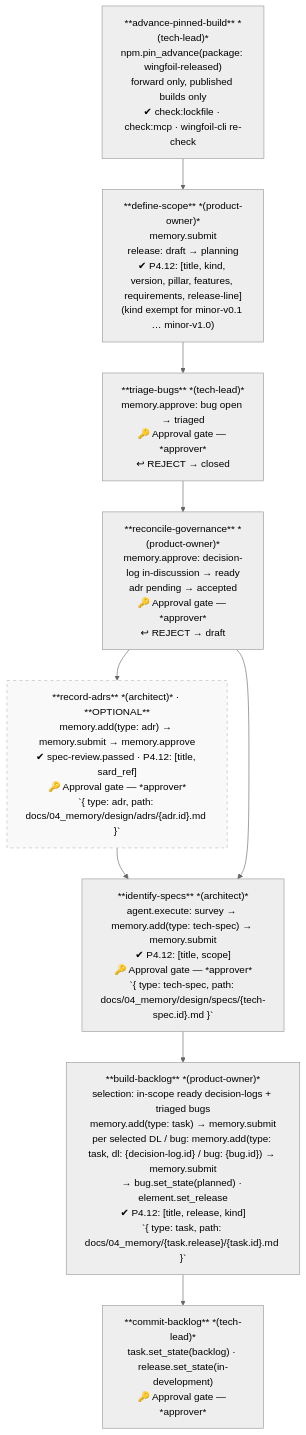
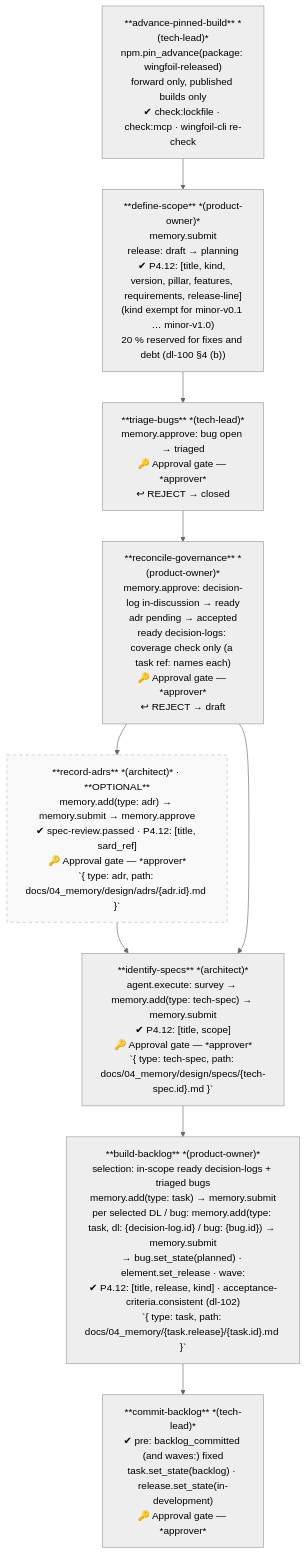
Diagram 11 of 29 in .wingfoil/WORKFLOW.md (wingfoil/wingfoil), drawn with Mermaid (neutral theme) before and after one commit. The commit also changed other lines of this file and 13 other files, not shown here.

First line of the commit message:
feat(workflow): task-230 — element:<field> collections; the wave, its re-sweep, re-plan and wave-checks; the growth threshold

````diff
--- a/.wingfoil/WORKFLOW.md
+++ b/.wingfoil/WORKFLOW.md
@@ -282,16 +311,16 @@
 ```mermaid
 flowchart TD
     AB["**advance-pinned-build** *(tech-lead)*\nnpm.pin_advance(package: wingfoil-released)\nforward only, published builds only\n✔ check:lockfile · check:mcp · wingfoil-cli re-check"]
-    DS["**define-scope** *(product-owner)*\nmemory.submit\nrelease: draft → planning\n✔ P4.12: [title, kind, version, pillar, features, requirements, release-line]\n(kind exempt for minor-v0.1 … minor-v1.0)"]
+    DS["**define-scope** *(product-owner)*\nmemory.submit\nrelease: draft → planning\n✔ P4.12: [title, kind, version, pillar, features, requirements, release-line]\n(kind exempt for minor-v0.1 … minor-v1.0)\n20 % reserved for fixes and debt (dl-100 §4 (b))"]
     TB["**triage-bugs** *(tech-lead)*\nmemory.approve: bug open → triaged\n🔑 Approval gate — *approver*\n↩ REJECT → closed"]
-    RG["**reconcile-governance** *(product-owner)*\nmemory.approve: decision-log in-discussion → ready\nadr pending → accepted\n🔑 Approval gate — *approver*\n↩ REJECT → draft"]
+    RG["**reconcile-governance** *(product-owner)*\nmemory.approve: decision-log in-discussion → ready\nadr pending → accepted\nready decision-logs: coverage check only (a task ref: names each)\n🔑 Approval gate — *approver*\n↩ REJECT → draft"]
     RA["**record-adrs** *(architect)* · **OPTIONAL**\nmemory.add(type: adr) → memory.submit → memory.approve\n✔ spec-review.passed · P4.12: [title, sard_ref]\n🔑 Approval gate — *approver*\n`{ type: adr, path: docs/04_memory/design/adrs/{adr.id}.md }`"]
     IS["**identify-specs** *(architect)*\nagent.execute: survey → memory.add(type: tech-spec) → memory.submit\n✔ P4.12: [title, scope]\n🔑 Approval gate — *approver*\n`{ type: tech-spec, path: docs/04_memory/design/specs/{tech-spec.id}.md }`"]
-    BB["**build-backlog** *(product-owner)*\nselection: in-scope ready decision-logs + triaged bugs\nmemory.add(type: task) → memory.submit\nper selected DL / bug: memory.add(type: task, dl: {decision-log.id} / bug: {bug.id}) → memory.submit\n→ bug.set_state(planned) · element.set_release\n✔ P4.12: [title, release, kind]\n`{ type: task, path: docs/04_memory/{task.release}/{task.id}.md }`"]
-    CB["**commit-backlog** *(tech-lead)*\ntask.set_state(backlog) · release.set_state(in-development)\n🔑 Approval gate — *approver*"]
+    BB["**build-backlog** *(product-owner)*\nselection: in-scope ready decision-logs + triaged bugs\nmemory.add(type: task) → memory.submit\nper selected DL / bug: memory.add(type: task, dl: {decision-log.id} / bug: {bug.id}) → memory.submit\n→ bug.set_state(planned) · element.set_release · wave:\n✔ P4.12: [title, release, kind] · acceptance-criteria.consistent (dl-102)\n`{ type: task, path: docs/04_memory/{task.release}/{task.id}.md }`"]
+    CB["**commit-backlog** *(tech-lead)*\n✔ pre: backlog_committed (and waves:) fixed\ntask.set_state(backlog) · release.set_state(in-development)\n🔑 Approval gate — *approver*"]
 
     AB --> DS --> TB --> RG --> RA --> IS --> BB --> CB
     RG --> IS
 
     style RA fill:#f9f9f9,stroke:#bbb,stroke-dasharray:5 5
 ```
````
